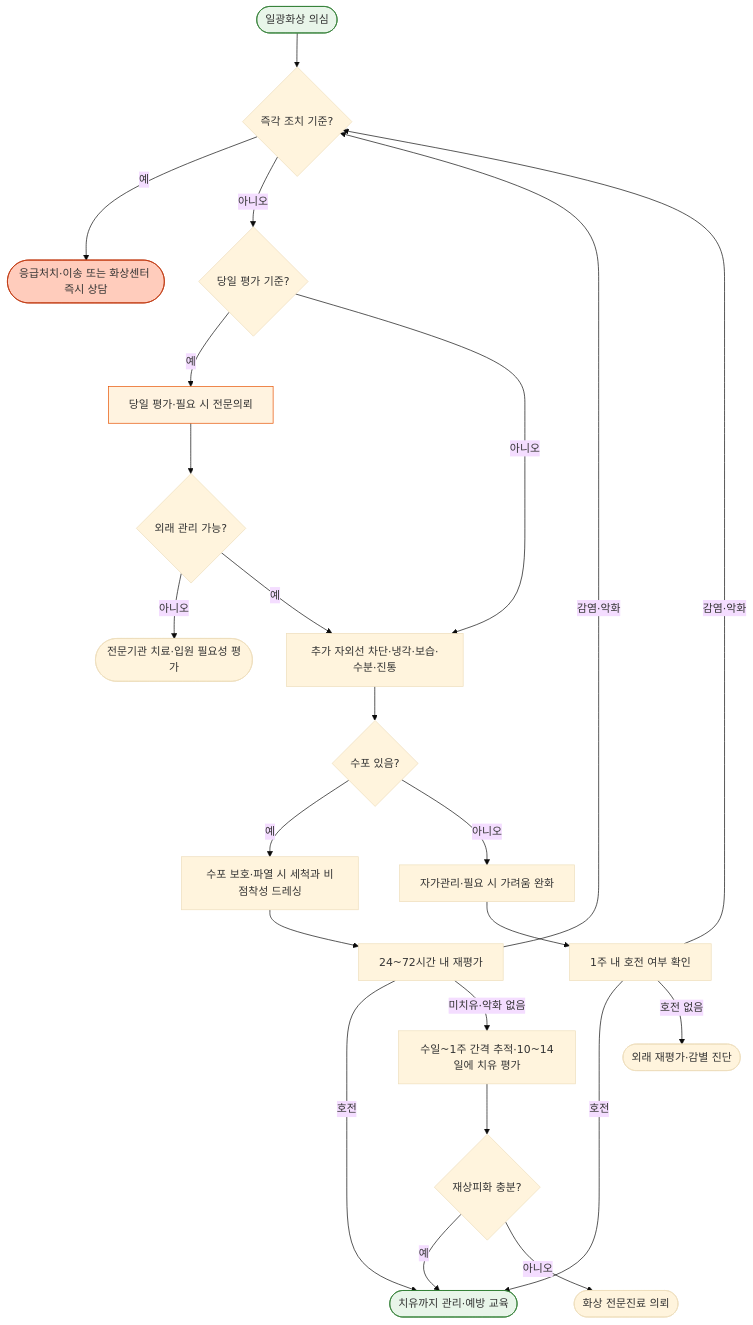
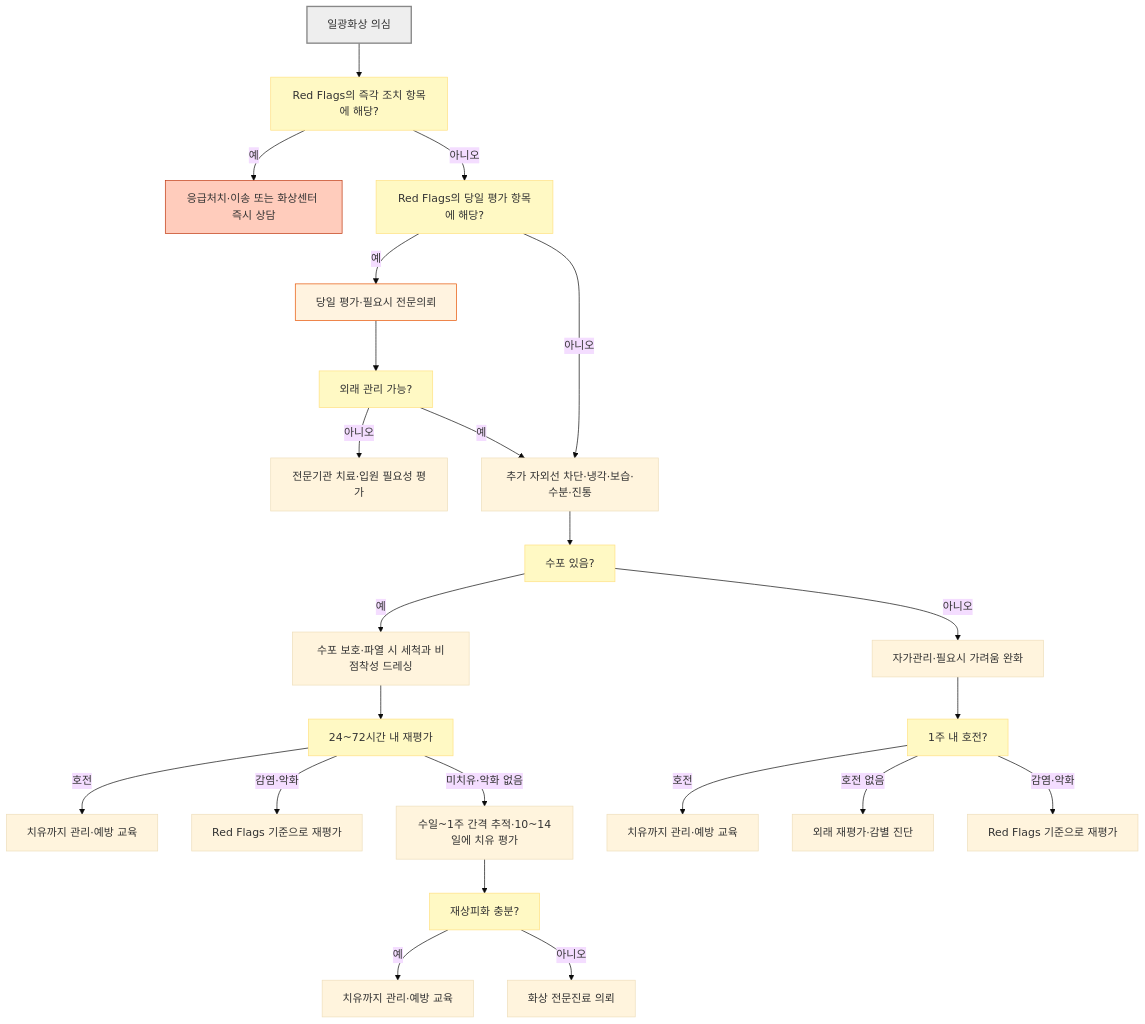
One commit to familyoh77/familyoh77 changed the diagram in 230_/207_-sunburn.md. Above: the diagram before and after it, drawn with Mermaid (base theme). The commit also changed other lines of this file and 4 other files, not shown here.

````diff
--- a/230_/207_-sunburn.md
+++ b/230_/207_-sunburn.md
@@ -97,29 +96,30 @@
 ```mermaid
 flowchart TD
-    A(["일광화상 의심"]) --> B{"즉각 조치 기준?"}
-    B -->|예| C(["응급처치·이송 또는 화상센터 즉시 상담"])
-    B -->|아니오| D{"당일 평가 기준?"}
-    D -->|예| E["당일 평가·필요 시 전문의뢰"]
-    E --> Q{"외래 관리 가능?"}
-    Q -->|아니오| R(["전문기관 치료·입원 필요성 평가"])
-    Q -->|예| F
-    D -->|아니오| F["추가 자외선 차단·냉각·보습·수분·진통"]
-    F --> G{"수포 있음?"}
-    G -->|예| H["수포 보호·파열 시 세척과 비점착성 드레싱"]
-    G -->|아니오| I["자가관리·필요 시 가려움 완화"]
+    A["일광화상 의심"] --> B["Red Flags의 즉각 조치 항목에 해당?"]
+    B -->|"예"| C["응급처치·이송 또는 화상센터 즉시 상담"]
+    B -->|"아니오"| D["Red Flags의 당일 평가 항목에 해당?"]
+    D -->|"예"| E["당일 평가·필요시 전문의뢰"]
+    E --> Q["외래 관리 가능?"]
+    Q -->|"아니오"| R["전문기관 치료·입원 필요성 평가"]
+    Q -->|"예"| F
+    D -->|"아니오"| F["추가 자외선 차단·냉각·보습·수분·진통"]
+    F --> G["수포 있음?"]
+    G -->|"예"| H["수포 보호·파열 시 세척과 비점착성 드레싱"]
+    G -->|"아니오"| I["자가관리·필요시 가려움 완화"]
     H --> L["24~72시간 내 재평가"]
-    I --> N["1주 내 호전 여부 확인"]
-    L -->|호전| M(["치유까지 관리·예방 교육"])
-    L -->|감염·악화| B
-    L -->|미치유·악화 없음| P["수일~1주 간격 추적·10~14일에 치유 평가"]
-    P --> T{"재상피화 충분?"}
-    T -->|예| M
-    T -->|아니오| U(["화상 전문진료 의뢰"])
-    N -->|호전| M
-    N -->|호전 없음| O(["외래 재평가·감별 진단"])
-    N -->|감염·악화| B
-    style A fill:#e8f5e9,stroke:#2e7d32
+    I --> N["1주 내 호전?"]
+    L -->|"호전"| M["치유까지 관리·예방 교육"]
+    L -->|"감염·악화"| V1["Red Flags 기준으로 재평가"]
+    L -->|"미치유·악화 없음"| P["수일~1주 간격 추적·10~14일에 치유 평가"]
+    P --> T["재상피화 충분?"]
+    T -->|"예"| M2["치유까지 관리·예방 교육"]
+    T -->|"아니오"| U["화상 전문진료 의뢰"]
+    N -->|"호전"| M3["치유까지 관리·예방 교육"]
+    N -->|"호전 없음"| O["외래 재평가·감별 진단"]
+    N -->|"감염·악화"| V2["Red Flags 기준으로 재평가"]
+    classDef question fill:#fff9c4,stroke:#ffe082
+    class B,D,Q,G,L,T,N question
+    style A fill:#eeeeee,stroke:#888888,stroke-width:2px
     style C fill:#ffccbc,stroke:#bf360c
     style E fill:#fff3e0,stroke:#e65100
-    style M fill:#e8f5e9,stroke:#2e7d32
 ```
````
